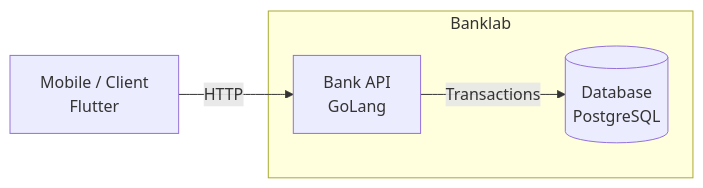
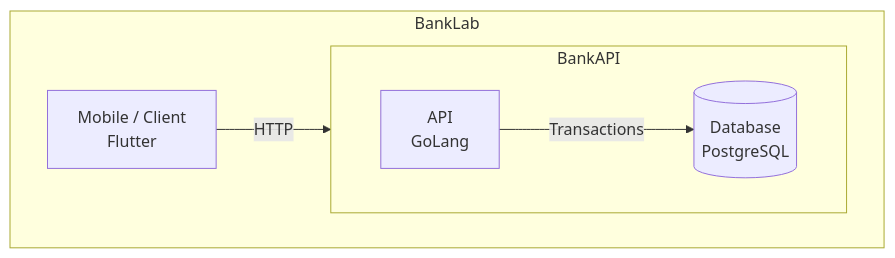
The diagram in api/docs/presentation/presentation-api-architecture.md (rudsonalves/banklab), drawn with Mermaid before and after one commit. The commit also changed other lines of this file and 9 other files, not shown here.

````diff
--- a/api/docs/presentation/presentation-api-architecture.md
+++ b/api/docs/presentation/presentation-api-architecture.md
@@ -13,10 +17,15 @@
 ```mermaid
 flowchart LR
-    Client[Mobile / Client<br>Flutter] -->|HTTP| API[Bank API<br>GoLang]
-    API -->|Transactions| DB[(Database<br>PostgreSQL)]
+    subgraph BankLab
+        direction LR
 
-    subgraph Banklab
-        API
-        DB
+        Client[Mobile / Client<br>Flutter] -->|HTTP| API[API<br>GoLang]
+        API -->|Transactions| DB[(Database<br>PostgreSQL)]
+
+        subgraph BankAPI
+            direction LR
+            API
+            DB
+        end
     end
 ```
````
